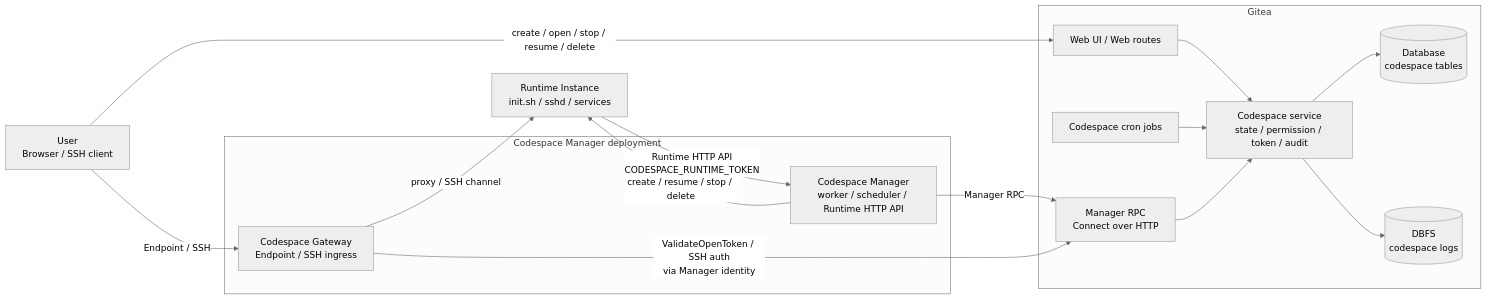
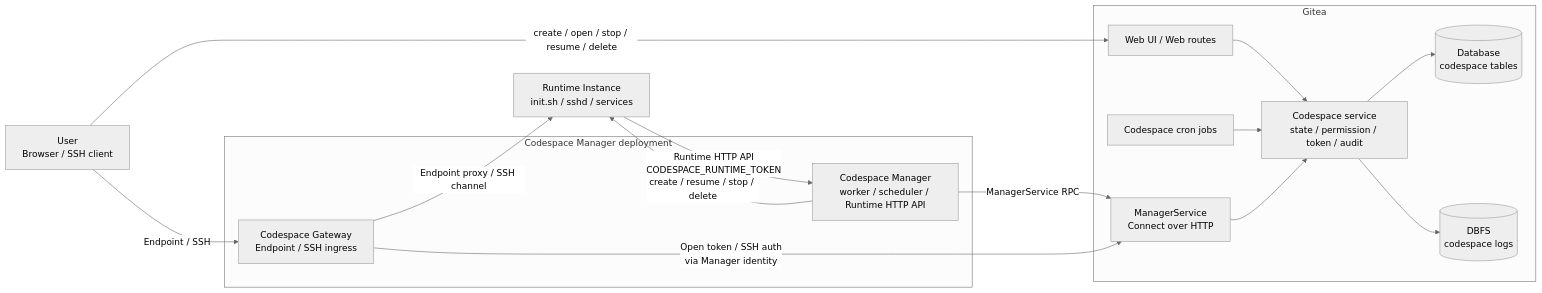
The first of 3 diagrams in README.md (ExplodingDragon/gitea-dev), drawn with Mermaid (neutral theme) before and after one commit. The commit also changed other lines of this file, not shown here.

````diff
--- a/README.md
+++ b/README.md
@@ -42,37 +44,37 @@
 ```mermaid
 flowchart LR
     User["User<br/>Browser / SSH client"]
 
     subgraph Gitea["Gitea"]
         Web["Web UI / Web routes"]
-        ManagerRPC["Manager RPC<br/>Connect over HTTP"]
+        ManagerRPC["ManagerService<br/>Connect over HTTP"]
         Service["Codespace service<br/>state / permission / token / audit"]
         Cron["Codespace cron jobs"]
         DB[("Database<br/>codespace tables")]
         DBFS[("DBFS<br/>codespace logs")]
     end
 
     subgraph ManagerDeployment["Codespace Manager deployment"]
         Manager["Codespace Manager<br/>worker / scheduler / Runtime HTTP API"]
         Gateway["Codespace Gateway<br/>Endpoint / SSH ingress"]
     end
 
     Runtime["Runtime Instance<br/>init.sh / sshd / services"]
 
     User -->|"create / open / stop / resume / delete"| Web
     User -->|"Endpoint / SSH"| Gateway
 
     Web --> Service
     Service --> DB
     Service --> DBFS
     Cron --> Service
 
-    Manager -->|"Manager RPC"| ManagerRPC
+    Manager -->|"ManagerService RPC"| ManagerRPC
     ManagerRPC --> Service
 
     Runtime -->|"Runtime HTTP API<br/>CODESPACE_RUNTIME_TOKEN"| Manager
     Manager -->|"create / resume / stop / delete"| Runtime
 
-    Gateway -->|"ValidateOpenToken / SSH auth<br/>via Manager identity"| ManagerRPC
-    Gateway -->|"proxy / SSH channel"| Runtime
+    Gateway -->|"Open token / SSH auth<br/>via Manager identity"| ManagerRPC
+    Gateway -->|"Endpoint proxy / SSH channel"| Runtime
 ```
````
